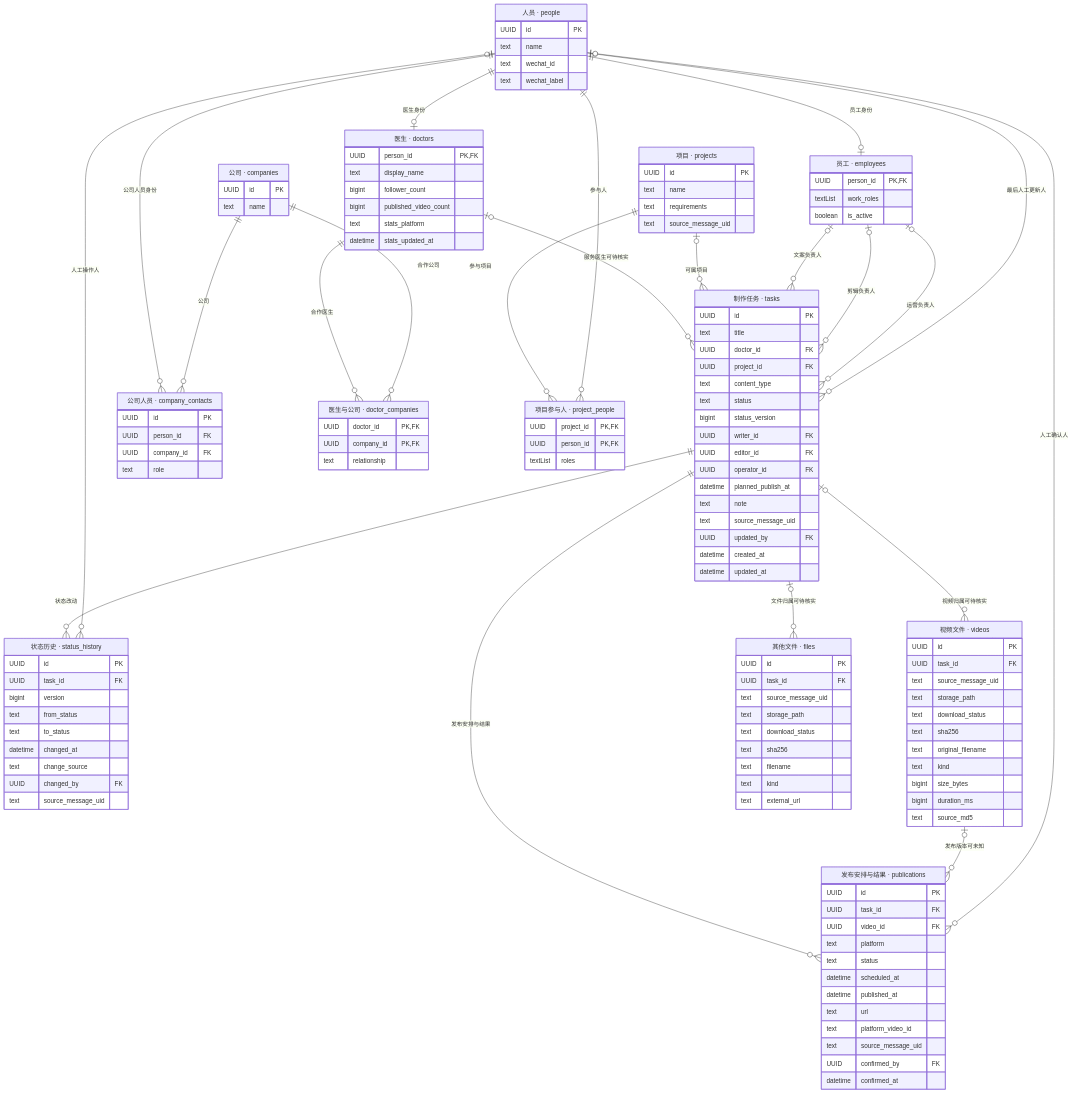
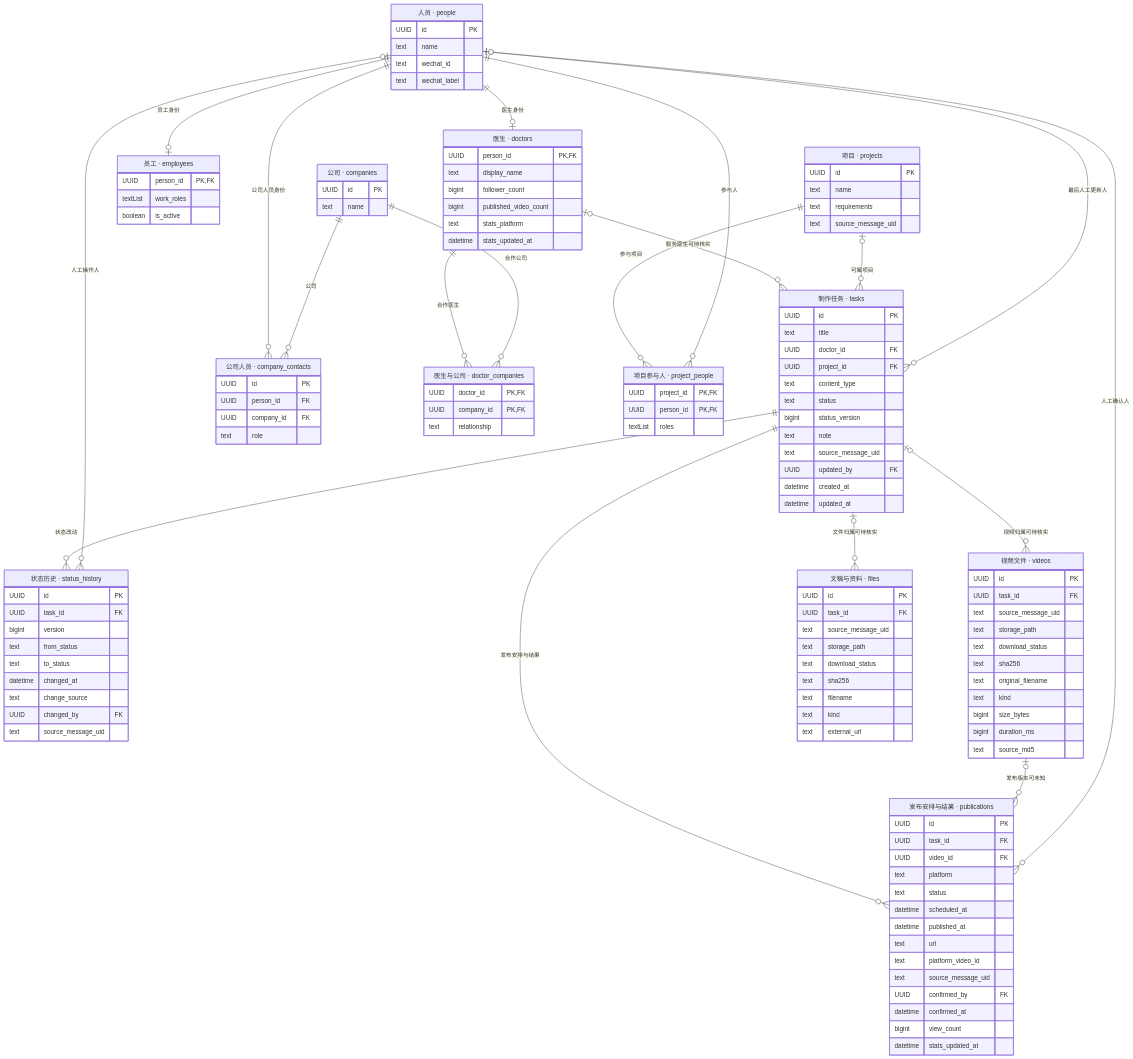
One commit to xunzhengkepu/docs changed the diagram in task-model-20261017/maizi-task-database-20261017-v01-erd.mmd. Above: the diagram before and after it, drawn with Mermaid. The commit also changed 7 other files, not shown here.

```diff
--- a/task-model-20261017/maizi-task-database-20261017-v01-erd.mmd
+++ b/task-model-20261017/maizi-task-database-20261017-v01-erd.mmd
@@ -1,134 +1,129 @@
 erDiagram
     tasks ||--o{ status_history : "状态改动"
     people o|--o{ status_history : "人工操作人"
     people ||--o| doctors : "医生身份"
     people ||--o| employees : "员工身份"
     people ||--o{ company_contacts : "公司人员身份"
     companies ||--o{ company_contacts : "公司"
     doctors ||--o{ doctor_companies : "合作医生"
     companies ||--o{ doctor_companies : "合作公司"
     projects ||--o{ project_people : "参与项目"
     people ||--o{ project_people : "参与人"
     doctors o|--o{ tasks : "服务医生可待核实"
     projects o|--o{ tasks : "可属项目"
-    employees o|--o{ tasks : "文案负责人"
-    employees o|--o{ tasks : "剪辑负责人"
-    employees o|--o{ tasks : "运营负责人"
     people o|--o{ tasks : "最后人工更新人"
     tasks o|--o{ videos : "视频归属可待核实"
     tasks o|--o{ files : "文件归属可待核实"
     tasks ||--o{ publications : "发布安排与结果"
     videos o|--o{ publications : "发布版本可未知"
     people o|--o{ publications : "人工确认人"
     people["人员 · people"] {
         UUID id PK
         text name
         text wechat_id
         text wechat_label
     }
     doctors["医生 · doctors"] {
         UUID person_id PK,FK
         text display_name
         bigint follower_count
         bigint published_video_count
         text stats_platform
         datetime stats_updated_at
     }
     employees["员工 · employees"] {
         UUID person_id PK,FK
         textList work_roles
         boolean is_active
     }
     company_contacts["公司人员 · company_contacts"] {
         UUID id PK
         UUID person_id FK
         UUID company_id FK
         text role
     }
     companies["公司 · companies"] {
         UUID id PK
         text name
     }
     doctor_companies["医生与公司 · doctor_companies"] {
         UUID doctor_id PK,FK
         UUID company_id PK,FK
         text relationship
     }
     projects["项目 · projects"] {
         UUID id PK
         text name
         text requirements
         text source_message_uid
     }
     project_people["项目参与人 · project_people"] {
         UUID project_id PK,FK
         UUID person_id PK,FK
         textList roles
     }
     tasks["制作任务 · tasks"] {
         UUID id PK
         text title
         UUID doctor_id FK
         UUID project_id FK
         text content_type
         text status
         bigint status_version
-        UUID writer_id FK
-        UUID editor_id FK
-        UUID operator_id FK
-        datetime planned_publish_at
         text note
         text source_message_uid
         UUID updated_by FK
         datetime created_at
         datetime updated_at
     }
     status_history["状态历史 · status_history"] {
         UUID id PK
         UUID task_id FK
         bigint version
         text from_status
         text to_status
         datetime changed_at
         text change_source
         UUID changed_by FK
         text source_message_uid
     }
     videos["视频文件 · videos"] {
         UUID id PK
         UUID task_id FK
         text source_message_uid
         text storage_path
         text download_status
         text sha256
         text original_filename
         text kind
         bigint size_bytes
         bigint duration_ms
         text source_md5
     }
-    files["其他文件 · files"] {
+    files["文稿与资料 · files"] {
         UUID id PK
         UUID task_id FK
         text source_message_uid
         text storage_path
         text download_status
         text sha256
         text filename
         text kind
         text external_url
     }
     publications["发布安排与结果 · publications"] {
         UUID id PK
         UUID task_id FK
         UUID video_id FK
         text platform
         text status
         datetime scheduled_at
         datetime published_at
         text url
         text platform_video_id
         text source_message_uid
         UUID confirmed_by FK
         datetime confirmed_at
+        bigint view_count
+        datetime stats_updated_at
     }
```
